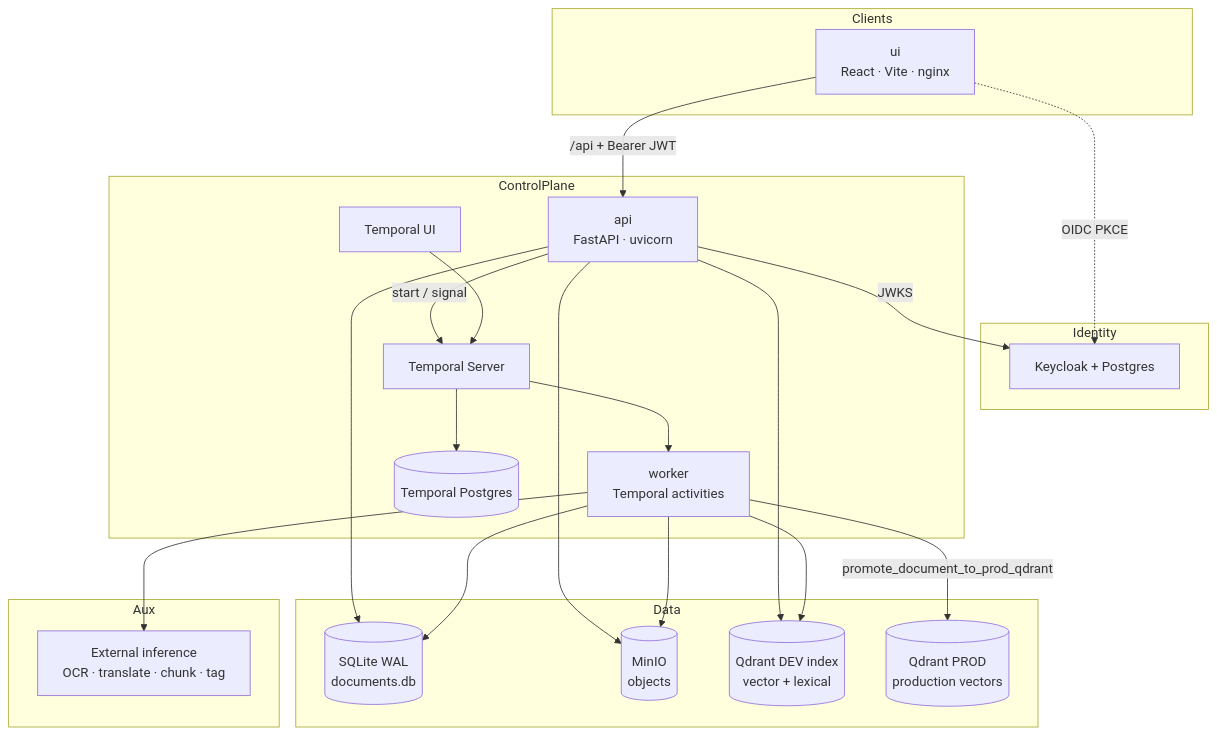
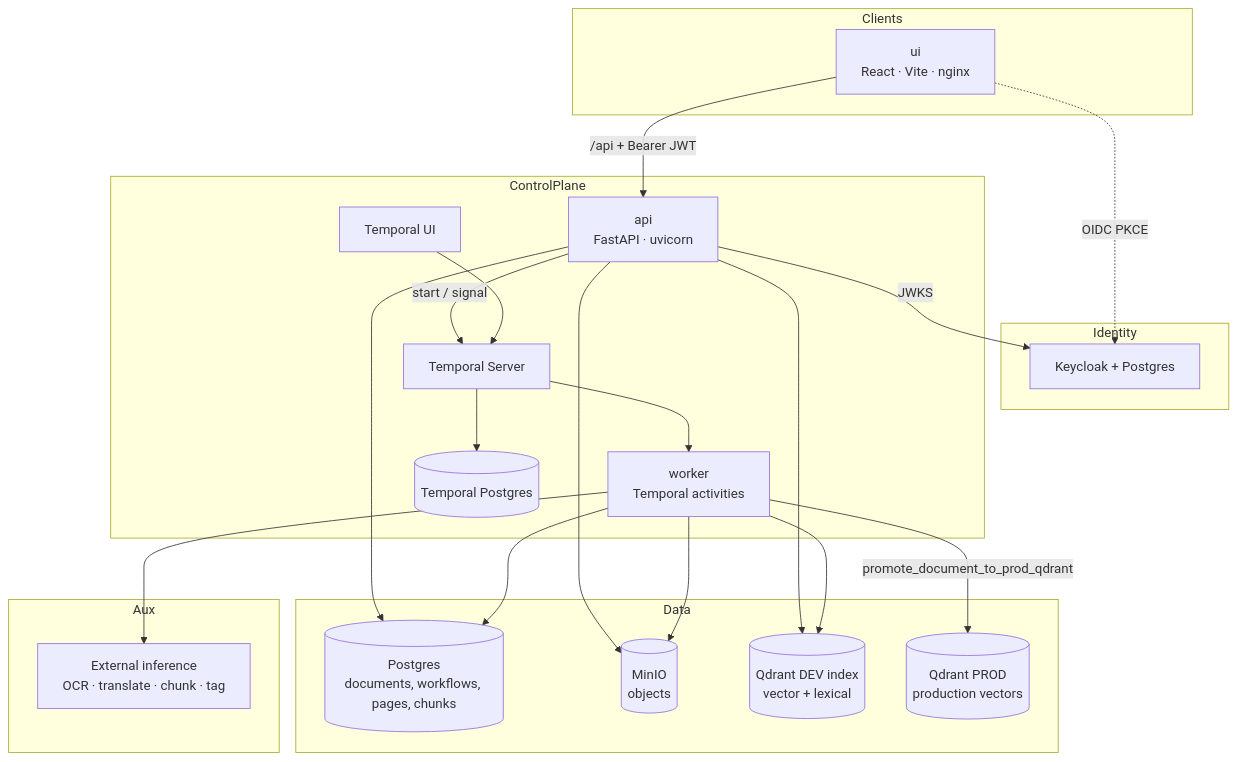
The second of 5 diagrams in docs/SYSTEM_DESIGN.md (OpenAgriNet/knowledge-provider), drawn with Mermaid before and after one commit. The commit also changed other lines of this file and 5 other files, not shown here.

````diff
--- a/docs/SYSTEM_DESIGN.md
+++ b/docs/SYSTEM_DESIGN.md
@@ -82,45 +82,45 @@
 ```mermaid
 flowchart TB
   subgraph Clients
     UI["ui<br/>React · Vite · nginx"]
   end
 
   subgraph Identity
     KC["Keycloak + Postgres"]
   end
 
   subgraph ControlPlane
     API["api<br/>FastAPI · uvicorn"]
     WORKER["worker<br/>Temporal activities"]
     TEMP["Temporal Server"]
     TEMPDB[("Temporal Postgres")]
     TEMPUI["Temporal UI"]
   end
 
   subgraph Data
-    SQLITE[("SQLite WAL<br/>documents.db")]
+    PGDB[("Postgres<br/>documents, workflows, pages, chunks")]
     MINIO[("MinIO<br/>objects")]
     QDEV[("Qdrant DEV index<br/>vector + lexical")]
     QPROD[("Qdrant PROD<br/>production vectors")]
   end
 
   subgraph Aux
     INF["External inference<br/>OCR · translate · chunk · tag"]
   end
 
   UI -->|"/api + Bearer JWT"| API
   UI -.->|OIDC PKCE| KC
   API -->|JWKS| KC
-  API --> SQLITE
+  API --> PGDB
   API --> MINIO
   API --> QDEV
   API -->|start / signal| TEMP
   TEMP --> TEMPDB
   TEMP --> WORKER
-  WORKER --> SQLITE
+  WORKER --> PGDB
   WORKER --> MINIO
   WORKER --> QDEV
   WORKER -->|promote_document_to_prod_qdrant| QPROD
   WORKER --> INF
   TEMPUI --> TEMP
 ```
````
